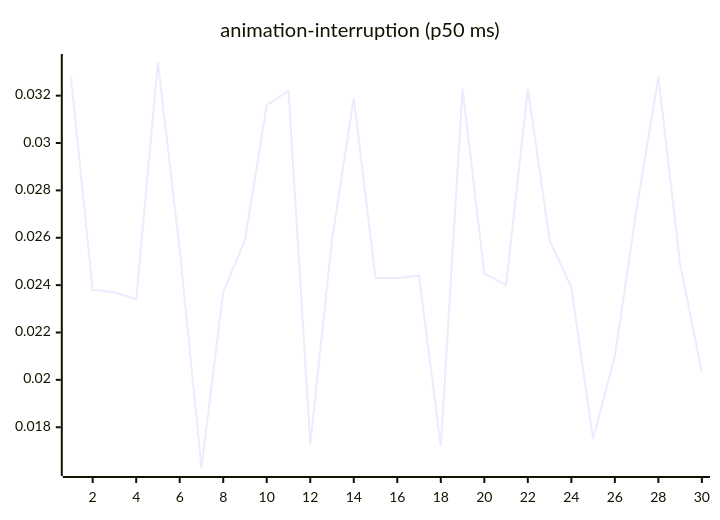
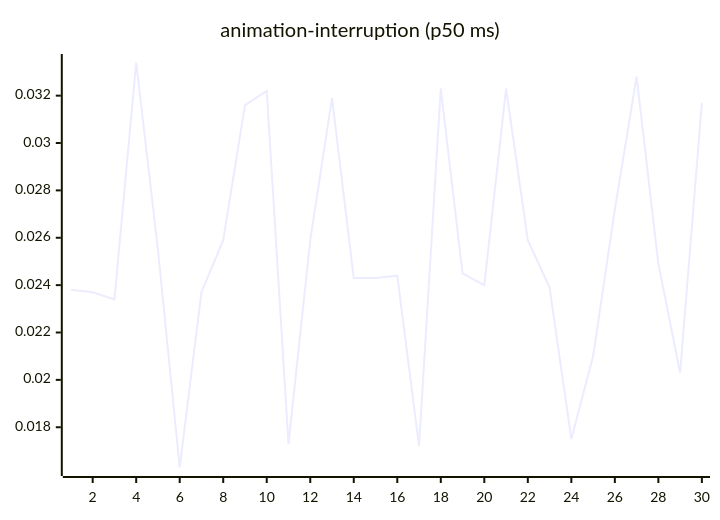
One commit to josha/Facet changed the third of 27 diagrams in README.md. Above: the diagram before and after it, drawn with Mermaid. The commit also changed other lines of this file and 2 other files, not shown here.

````diff
--- a/README.md
+++ b/README.md
@@ -77,6 +77,6 @@
 ```mermaid
 xychart-beta
     title "animation-interruption (p50 ms)"
     x-axis 1 --> 30
-    line [0.0328, 0.0238, 0.0237, 0.0234, 0.0334, 0.0255, 0.0163, 0.0237, 0.0259, 0.0316, 0.0322, 0.0173, 0.0259, 0.0319, 0.0243, 0.0243, 0.0244, 0.0172, 0.0323, 0.0245, 0.0240, 0.0323, 0.0259, 0.0239, 0.0175, 0.0210, 0.0272, 0.0328, 0.0249, 0.0203]
+    line [0.0238, 0.0237, 0.0234, 0.0334, 0.0255, 0.0163, 0.0237, 0.0259, 0.0316, 0.0322, 0.0173, 0.0259, 0.0319, 0.0243, 0.0243, 0.0244, 0.0172, 0.0323, 0.0245, 0.0240, 0.0323, 0.0259, 0.0239, 0.0175, 0.0210, 0.0272, 0.0328, 0.0249, 0.0203, 0.0317]
 ```
````
